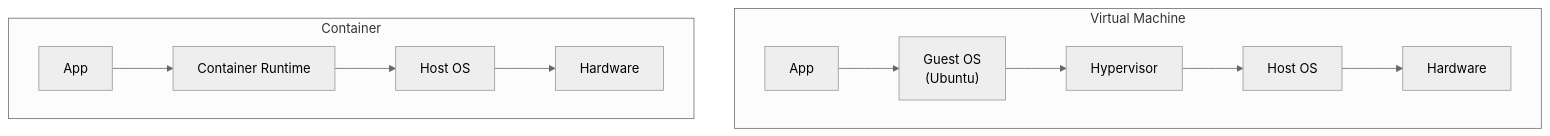
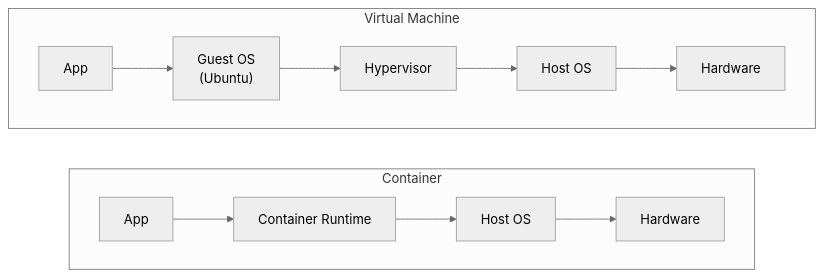
One commit to funkybooboo/presentations changed the sixth of 11 diagrams in devops/devops_pres.md. Above: the diagram before and after it, drawn with Mermaid (neutral theme).

````diff
--- a/devops/devops_pres.md
+++ b/devops/devops_pres.md
@@ -759,21 +759,23 @@
 ```mermaid +render
 flowchart TB
     subgraph VM["Virtual Machine"]
         APP1["App"]
         OS1["Guest OS<br/>(Ubuntu)"]
         HV["Hypervisor"]
         OS0["Host OS"]
         HW1["Hardware"]
 
         APP1 --> OS1 --> HV --> OS0 --> HW1
     end
 
+    VM ~~~ Container
+
     subgraph Container["Container"]
         APP2["App"]
         RT["Container Runtime"]
         OS2["Host OS"]
         HW2["Hardware"]
 
         APP2 --> RT --> OS2 --> HW2
     end
 ```
````
